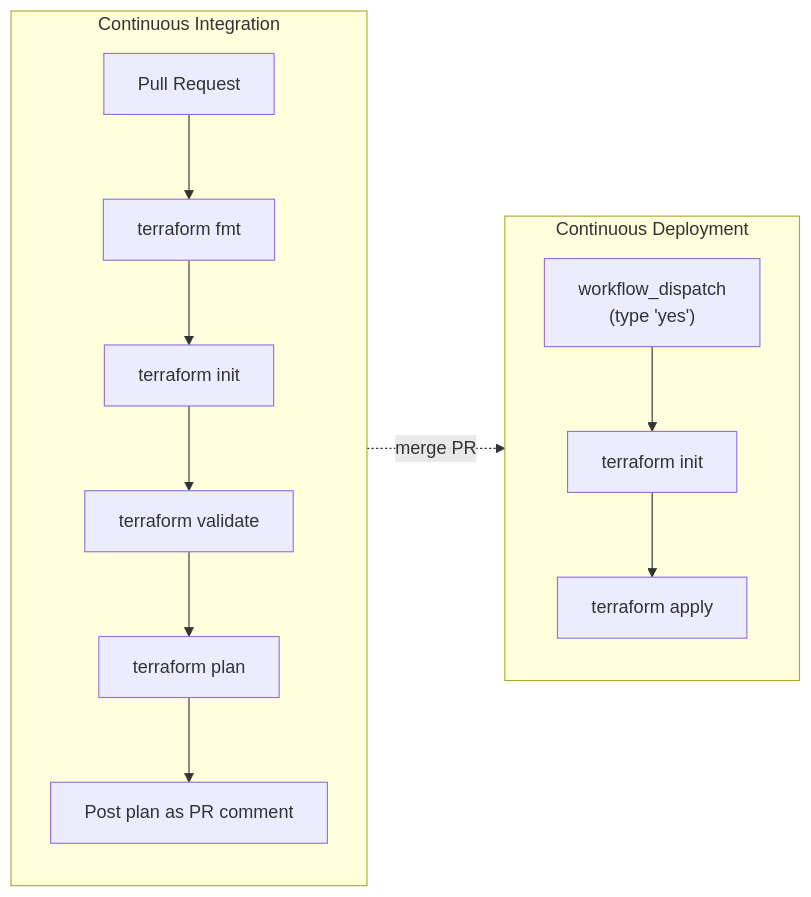
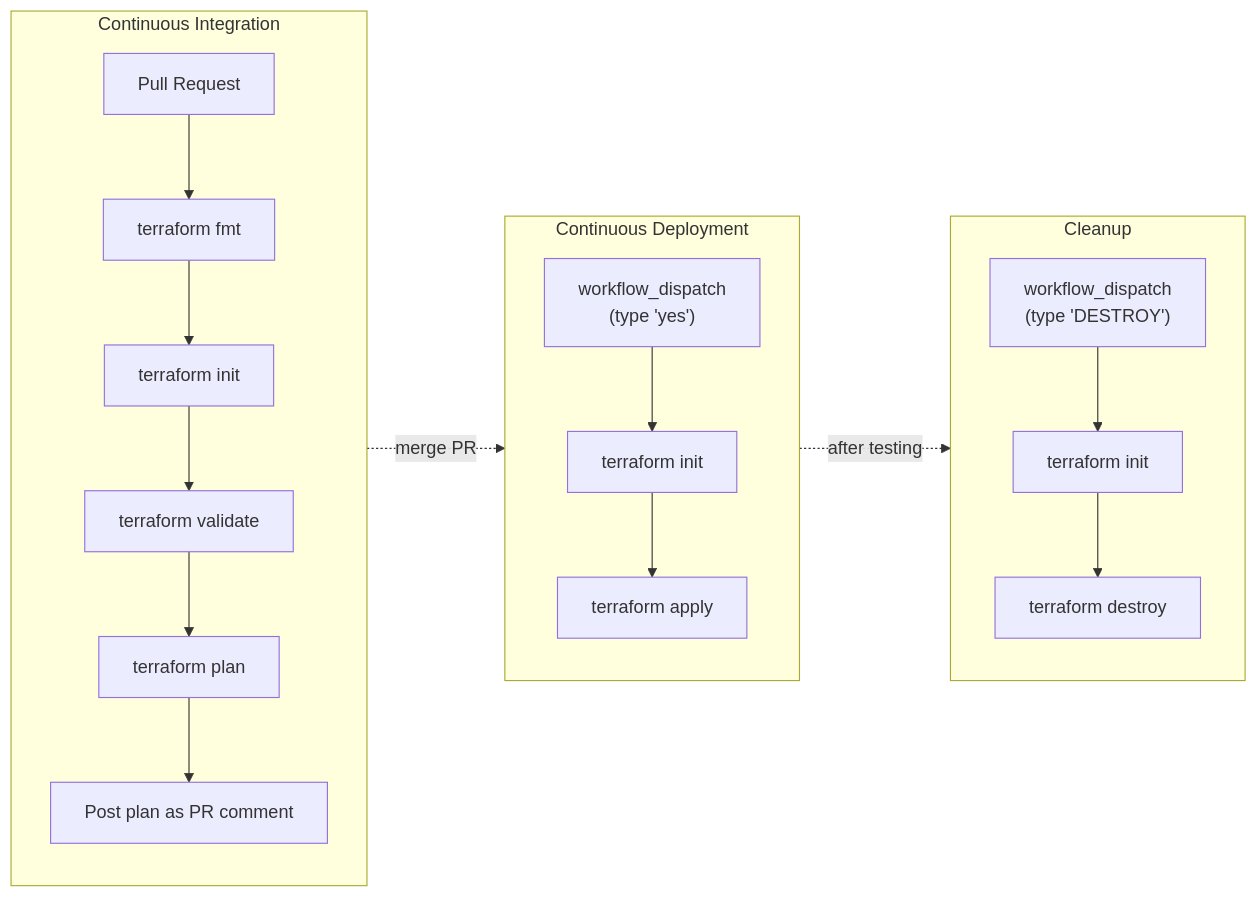
One commit to parquetpirate/iac-multi-cloud-aws-azure changed the third of 3 diagrams in README.md. Above: the diagram before and after it, drawn with Mermaid. The commit also changed other lines of this file, not shown here.

Commit message:
docs: comprehensive README with architecture, security, and lessons learned

````diff
--- a/README.md
+++ b/README.md
@@ -67,17 +77,23 @@
 ```mermaid
 graph LR
     subgraph CI["Continuous Integration"]
         PR[Pull Request] --> FMT["terraform fmt"]
         FMT --> INIT["terraform init"]
         INIT --> VAL["terraform validate"]
         VAL --> PLAN["terraform plan"]
         PLAN --> COMMENT["Post plan as PR comment"]
     end
 
     subgraph CD["Continuous Deployment"]
         MANUAL["workflow_dispatch<br/>(type 'yes')"] --> INIT2["terraform init"]
         INIT2 --> APPLY["terraform apply"]
     end
 
+    subgraph CLEANUP["Cleanup"]
+        DESTROY["workflow_dispatch<br/>(type 'DESTROY')"] --> INIT3["terraform init"]
+        INIT3 --> DEST["terraform destroy"]
+    end
+
     CI -.->|"merge PR"| CD
+    CD -.->|"after testing"| CLEANUP
 ```
````
